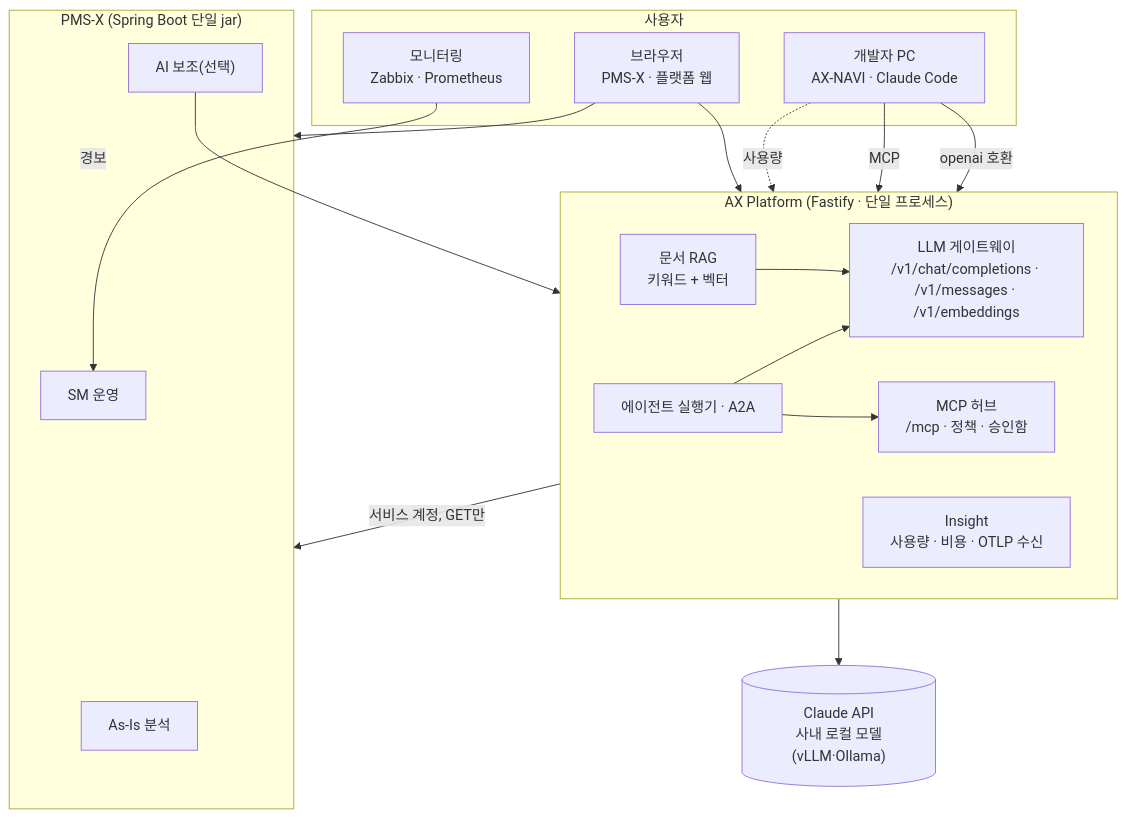
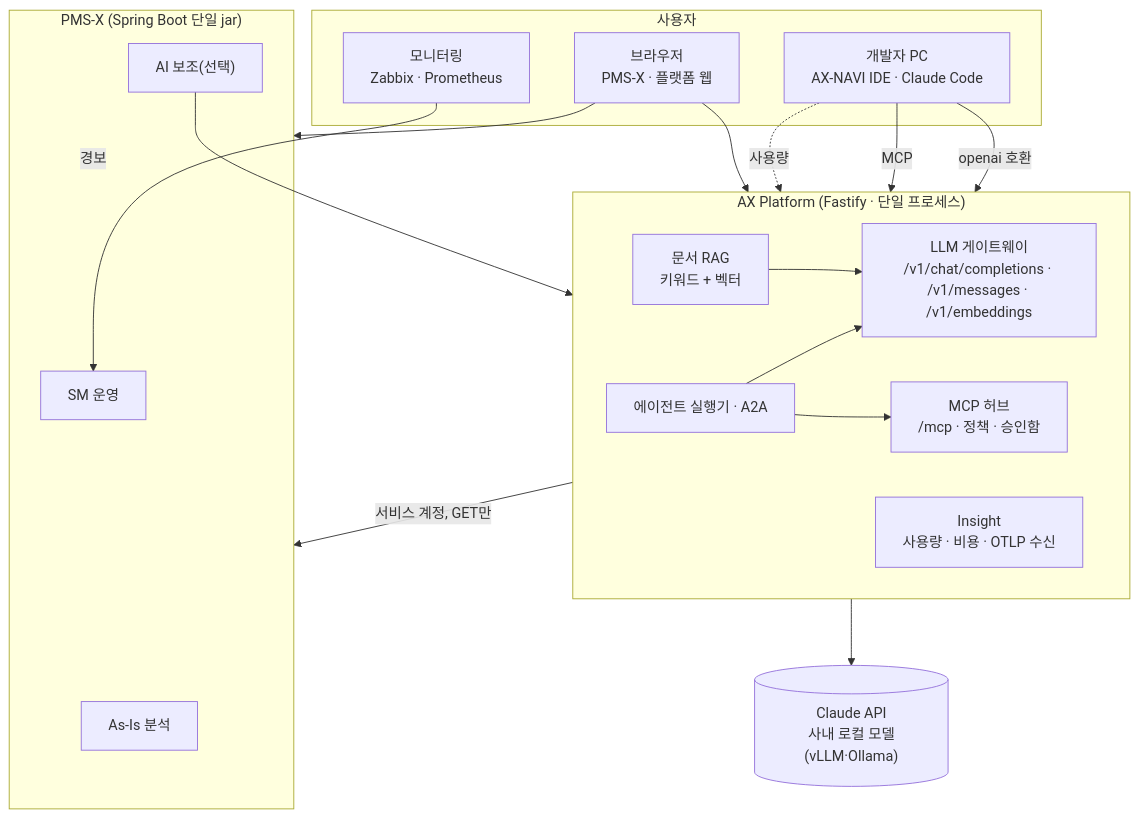
The diagram in getting-started/architecture.md (Malburi/hnix-ax-site), drawn with Mermaid before and after one commit. The commit also changed other lines of this file and 17 other files, not shown here.

First line of the commit message:
AX-NAVI 절을 AX-NAVI IDE 중심으로 재구성

````diff
--- a/getting-started/architecture.md
+++ b/getting-started/architecture.md
@@ -21,34 +21,34 @@
 ```mermaid
 flowchart TB
     subgraph USERS["사용자"]
-        DEVPC["개발자 PC<br/>AX-NAVI · Claude Code"]
+        DEVPC["개발자 PC<br/>AX-NAVI IDE · Claude Code"]
         BROWSER["브라우저<br/>PMS-X · 플랫폼 웹"]
         MON["모니터링<br/>Zabbix · Prometheus"]
     end
     subgraph PLATFORM["AX Platform (Fastify · 단일 프로세스)"]
         direction LR
         GW["LLM 게이트웨이<br/>/v1/chat/completions · /v1/messages · /v1/embeddings"]
         HUB["MCP 허브<br/>/mcp · 정책 · 승인함"]
         INS["Insight<br/>사용량 · 비용 · OTLP 수신"]
         AG["에이전트 실행기 · A2A"]
         RAG["문서 RAG<br/>키워드 + 벡터"]
     end
     subgraph PMSX["PMS-X (Spring Boot 단일 jar)"]
         ASIS["As-Is 분석"]
         SM["SM 운영"]
         AI["AI 보조(선택)"]
     end
     MODELS[("Claude API<br/>사내 로컬 모델(vLLM·Ollama)")]
     DEVPC -- "openai 호환" --> GW
     DEVPC -- "MCP" --> HUB
     DEVPC -. "사용량" .-> INS
     BROWSER --> PMSX
     BROWSER --> PLATFORM
     MON -- "경보" --> SM
     AI --> GW
     HUB -- "서비스 계정, GET만" --> PMSX
     AG --> GW
     AG --> HUB
     RAG --> GW
     GW --> MODELS
 ```
````
